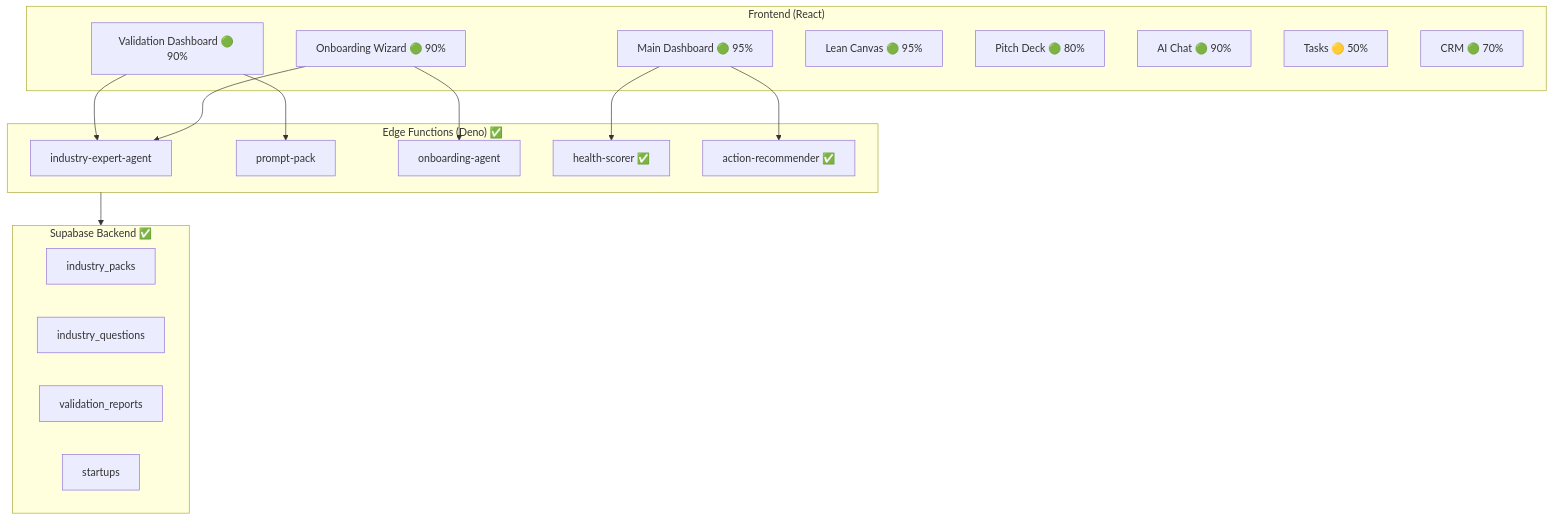
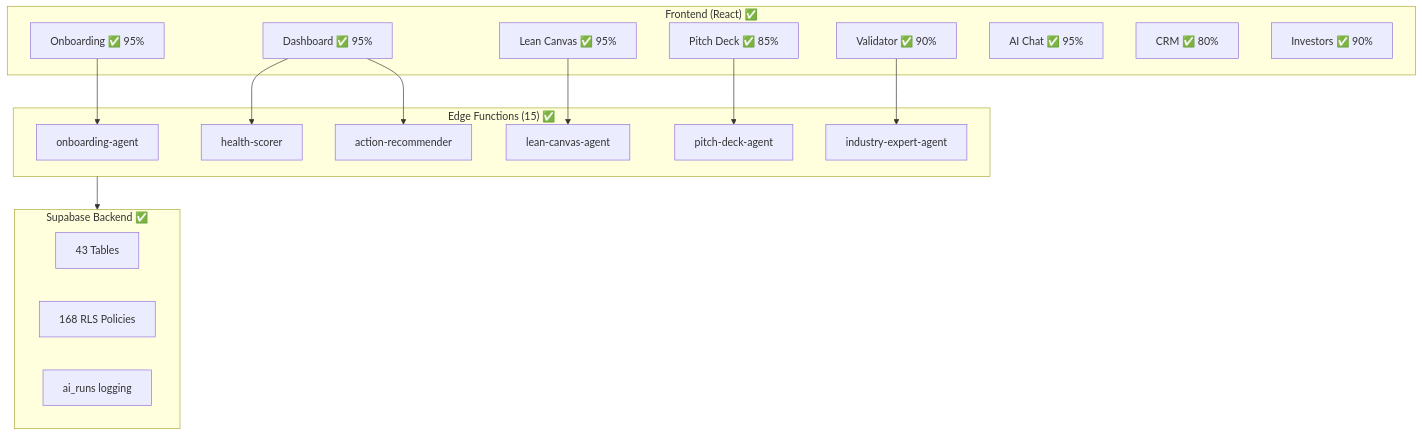
One commit to amo-tech-ai/rocket-path-ai changed the second of 2 diagrams in docs/tasks/01-playbooks/00-progress-tracker.md. Above: the diagram before and after it, drawn with Mermaid. The commit also changed other lines of this file, not shown here.

````diff
--- a/docs/tasks/01-playbooks/00-progress-tracker.md
+++ b/docs/tasks/01-playbooks/00-progress-tracker.md
@@ -140,36 +191,36 @@
 ```mermaid
 flowchart TB
-    subgraph Frontend["Frontend (React)"]
-        OW["Onboarding Wizard 🟢 90%"]
-        MD["Main Dashboard 🟢 95%"]
-        VD["Validation Dashboard 🟢 90%"]
-        LC["Lean Canvas 🟢 95%"]
-        PD["Pitch Deck 🟢 80%"]
-        AC["AI Chat 🟢 90%"]
-        TM["Tasks 🟡 50%"]
-        CRM["CRM 🟢 70%"]
+    subgraph Frontend["Frontend (React) ✅"]
+        OW["Onboarding ✅ 95%"]
+        DB["Dashboard ✅ 95%"]
+        VD["Validator ✅ 90%"]
+        LC["Lean Canvas ✅ 95%"]
+        PD["Pitch Deck ✅ 85%"]
+        AC["AI Chat ✅ 95%"]
+        CRM["CRM ✅ 80%"]
+        INV["Investors ✅ 90%"]
     end
     
-    subgraph EdgeFunctions["Edge Functions (Deno) ✅"]
+    subgraph EdgeFunctions["Edge Functions (15) ✅"]
+        OA["onboarding-agent"]
+        HS["health-scorer"]
+        AR["action-recommender"]
+        LCA["lean-canvas-agent"]
+        PDA["pitch-deck-agent"]
         IEA["industry-expert-agent"]
-        PP["prompt-pack"]
-        OA["onboarding-agent"]
-        HS["health-scorer ✅"]
-        AR["action-recommender ✅"]
     end
     
     subgraph Supabase["Supabase Backend ✅"]
-        IP["industry_packs"]
-        IQ["industry_questions"]
-        VR["validation_reports"]
-        ST["startups"]
+        DB_TABLES["43 Tables"]
+        RLS["168 RLS Policies"]
+        AI_RUNS["ai_runs logging"]
     end
     
     OW --> OA
-    OW --> IEA
-    MD --> HS
-    MD --> AR
-    VD --> PP
+    DB --> HS
+    DB --> AR
     VD --> IEA
+    LC --> LCA
+    PD --> PDA
     EdgeFunctions --> Supabase
 ```
````
